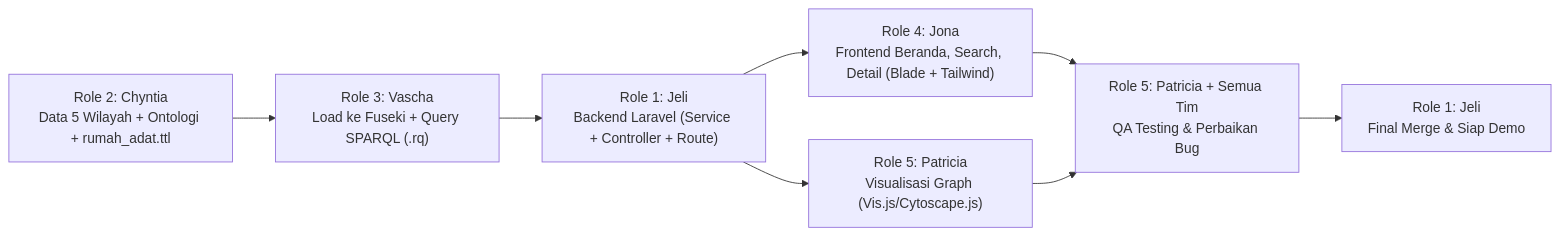
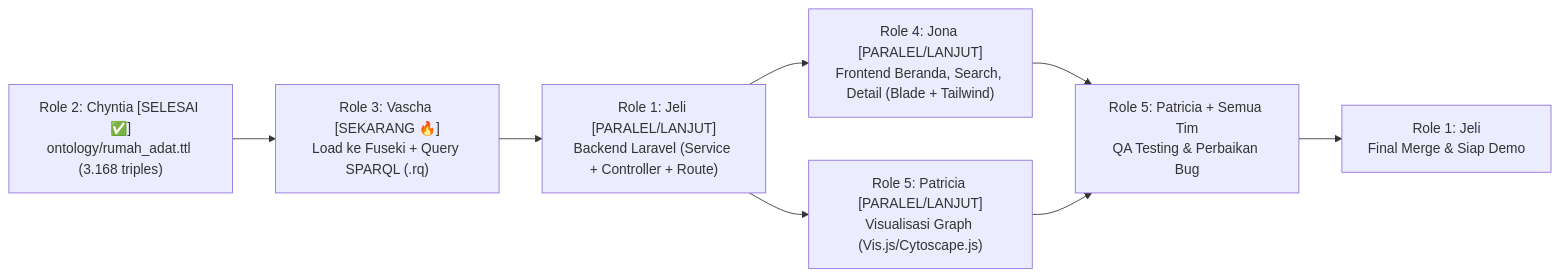
The diagram in tubes_rumah_adat/URUTAN_PENGERJAAN.md (jelialvonzolaia-sys/web-semantik-kelompok07), drawn with Mermaid before and after one commit. The commit also changed other lines of this file and 1 other file, not shown here.

````diff
--- a/tubes_rumah_adat/URUTAN_PENGERJAAN.md
+++ b/tubes_rumah_adat/URUTAN_PENGERJAAN.md
@@ -34,10 +36,10 @@
 ```mermaid
 flowchart LR
-    R2["Role 2: Chyntia<br/>Data 5 Wilayah + Ontologi + rumah_adat.ttl"] --> R3["Role 3: Vascha<br/>Load ke Fuseki + Query SPARQL (.rq)"]
-    R3 --> R1["Role 1: Jeli<br/>Backend Laravel (Service + Controller + Route)"]
-    R1 --> R4["Role 4: Jona<br/>Frontend Beranda, Search, Detail (Blade + Tailwind)"]
-    R1 --> R5["Role 5: Patricia<br/>Visualisasi Graph (Vis.js/Cytoscape.js)"]
+    R2["Role 2: Chyntia [SELESAI ✅]<br/>ontology/rumah_adat.ttl (3.168 triples)"] --> R3["Role 3: Vascha [SEKARANG 🔥]<br/>Load ke Fuseki + Query SPARQL (.rq)"]
+    R3 --> R1["Role 1: Jeli [PARALEL/LANJUT]<br/>Backend Laravel (Service + Controller + Route)"]
+    R1 --> R4["Role 4: Jona [PARALEL/LANJUT]<br/>Frontend Beranda, Search, Detail (Blade + Tailwind)"]
+    R1 --> R5["Role 5: Patricia [PARALEL/LANJUT]<br/>Visualisasi Graph (Vis.js/Cytoscape.js)"]
     R4 --> QA["Role 5: Patricia + Semua Tim<br/>QA Testing & Perbaikan Bug"]
     R5 --> QA
     QA --> DEMO["Role 1: Jeli<br/>Final Merge & Siap Demo"]
 ```
````
